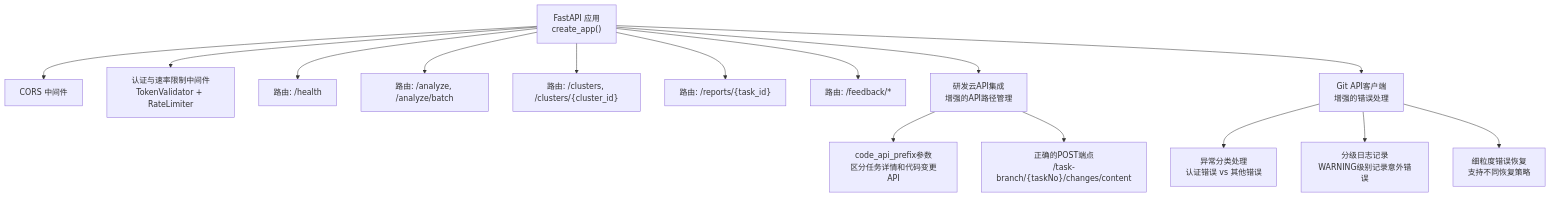
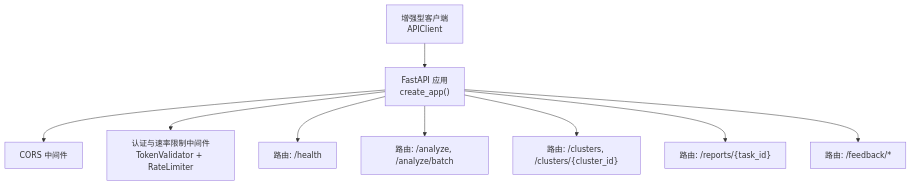
One commit to boyingliu01/fault-review-analyzer changed the first of 3 diagrams in .qoder/repowiki/zh/content/API接口文档/API接口文档.md. Above: the diagram before and after it, drawn with Mermaid. The commit also changed other lines of this file and 125 other files, not shown here.

````diff
--- a/.qoder/repowiki/zh/content/API接口文档/API接口文档.md
+++ b/.qoder/repowiki/zh/content/API接口文档/API接口文档.md
@@ -57,17 +51,11 @@
 ```mermaid
 graph TB
 A["FastAPI 应用<br/>create_app()"] --> B["CORS 中间件"]
 A --> C["认证与速率限制中间件<br/>TokenValidator + RateLimiter"]
 A --> D["路由: /health"]
 A --> E["路由: /analyze, /analyze/batch"]
 A --> F["路由: /clusters, /clusters/{cluster_id}"]
 A --> G["路由: /reports/{task_id}"]
 A --> H["路由: /feedback/*"]
-A --> I["研发云API集成<br/>增强的API路径管理"]
-I --> J["code_api_prefix参数<br/>区分任务详情和代码变更API"]
-I --> K["正确的POST端点<br/>/task-branch/{taskNo}/changes/content"]
-A --> L["Git API客户端<br/>增强的错误处理"]
-L --> M["异常分类处理<br/>认证错误 vs 其他错误"]
-L --> N["分级日志记录<br/>WARNING级别记录意外错误"]
-L --> O["细粒度错误恢复<br/>支持不同恢复策略"]
+I["增强型客户端<br/>APIClient"] --> A
 ```
````
